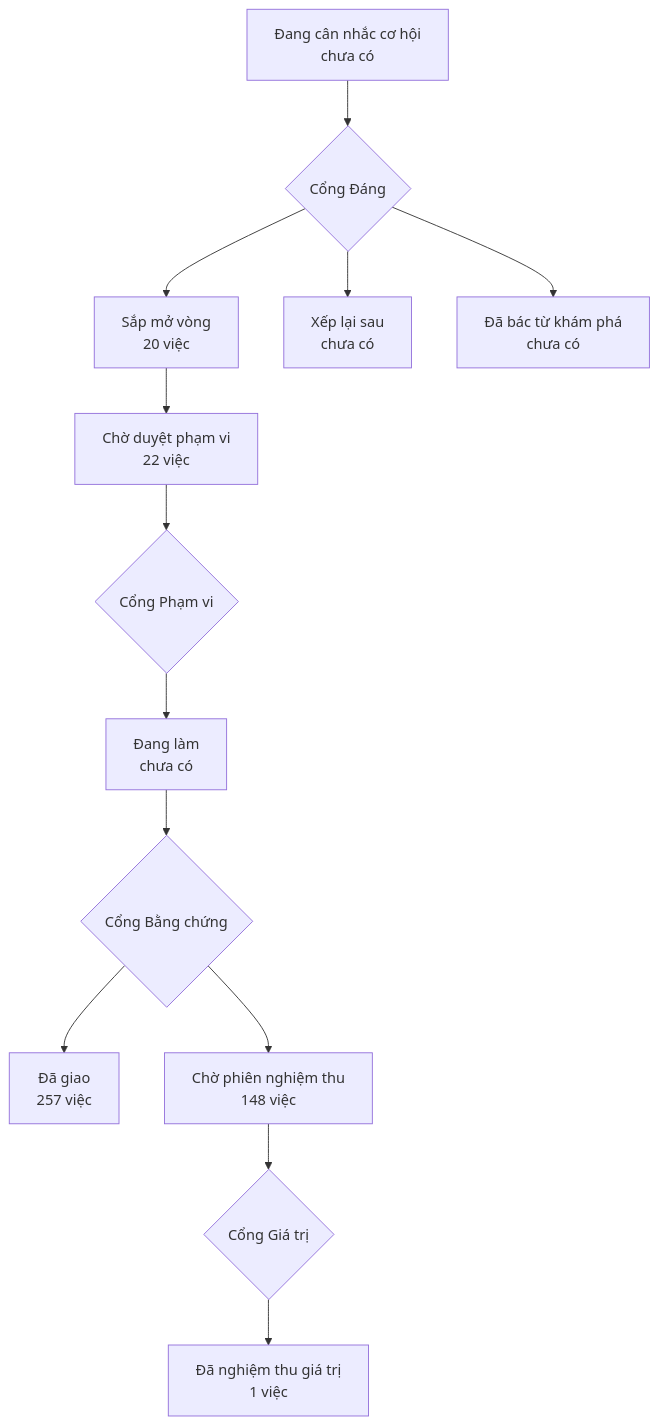
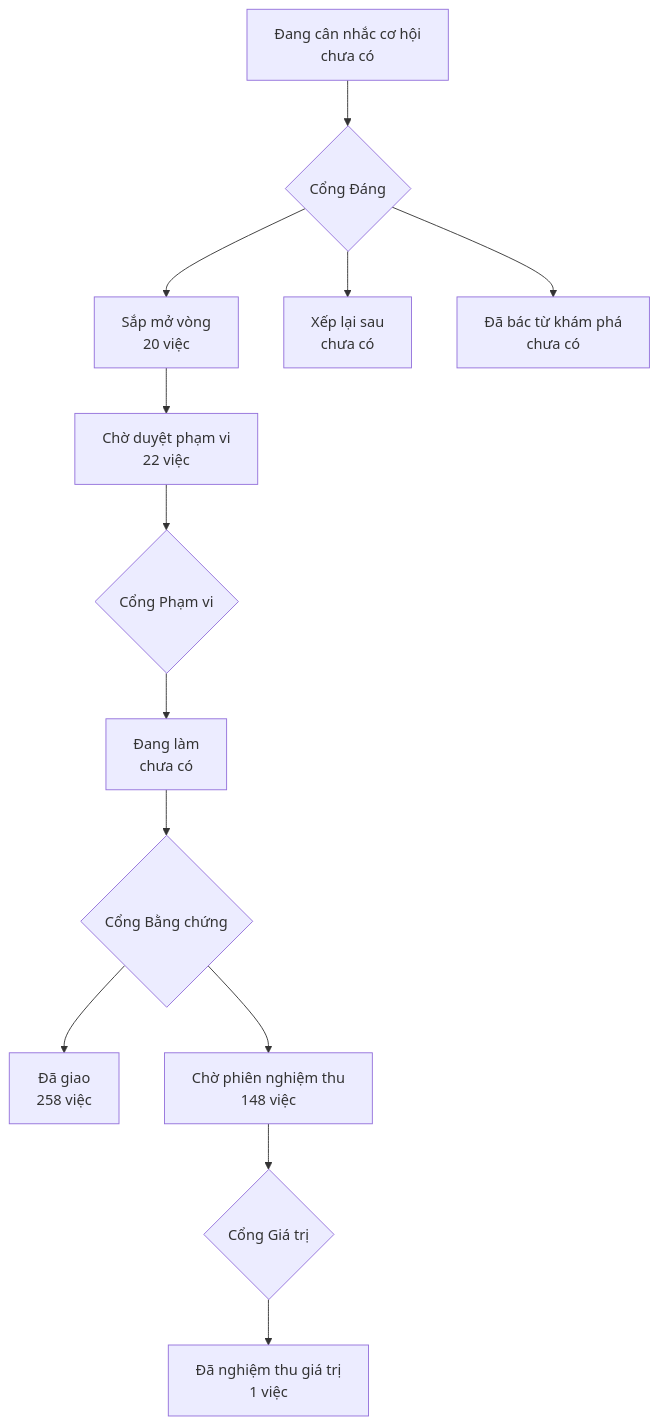
The diagram in PRODUCT-MAP.md (phanlemanh/onehub-invest), drawn with Mermaid before and after one commit. The commit also changed other lines of this file and 13 other files, not shown here.

First line of the commit message:
fix(data-api): PB8 lược đồ mẫu đủ bảng cho Property, không đường nào 500 trên DB mẫu (data-api-schema-mau-du-bang-property) (#584)

````diff
--- a/PRODUCT-MAP.md
+++ b/PRODUCT-MAP.md
@@ -7,12 +7,12 @@
 ```mermaid
 flowchart TD
   A["Đang cân nhắc cơ hội<br/>chưa có"] --> GD{"Cổng Đáng"}
   GD --> B["Sắp mở vòng<br/>20 việc"]
   GD --> XL["Xếp lại sau<br/>chưa có"]
   GD --> DB["Đã bác từ khám phá<br/>chưa có"]
   B --> CD["Chờ duyệt phạm vi<br/>22 việc"] --> GP{"Cổng Phạm vi"}
   GP --> DL["Đang làm<br/>chưa có"] --> GB{"Cổng Bằng chứng"}
-  GB --> DG["Đã giao<br/>257 việc"]
+  GB --> DG["Đã giao<br/>258 việc"]
   GB --> CN["Chờ phiên nghiệm thu<br/>148 việc"] --> GG{"Cổng Giá trị"}
   GG --> NT["Đã nghiệm thu giá trị<br/>1 việc"]
 ```
````
